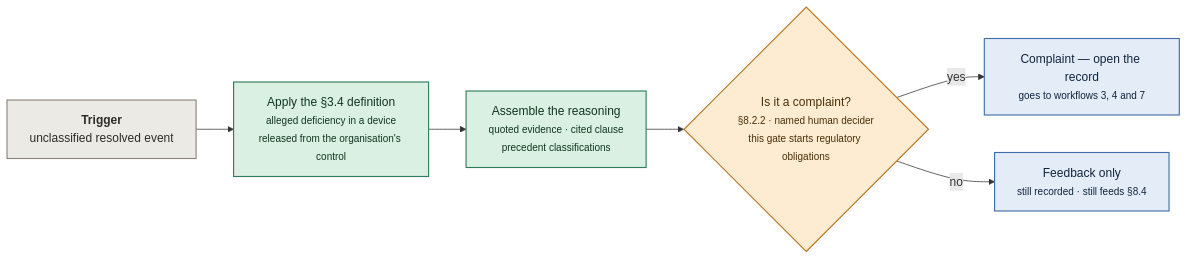
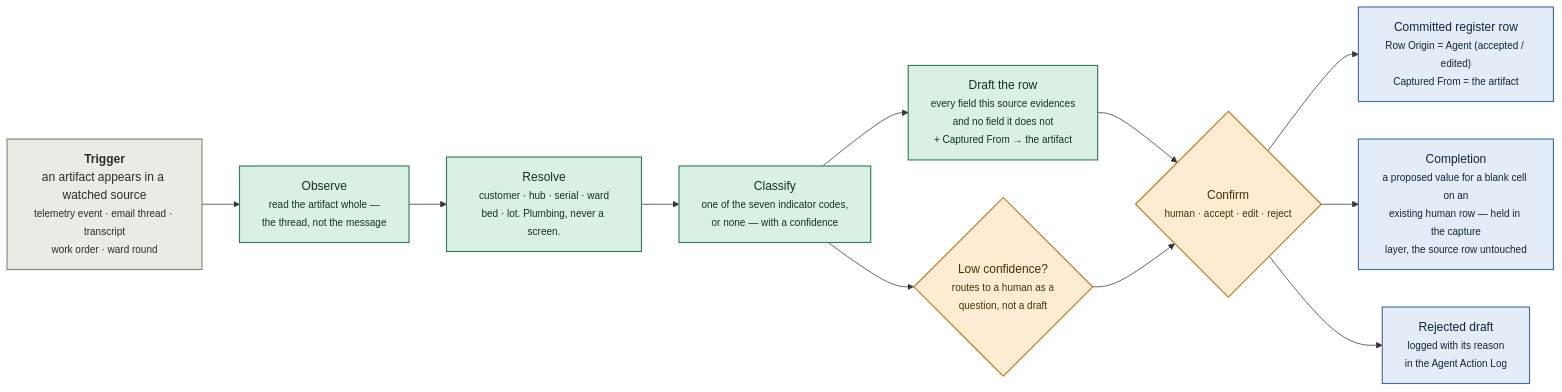
The second of 9 diagrams in plan/DIAGRAMS.md (Tchanwangsa/forward-hack), drawn with Mermaid before and after one commit. The commit also changed other lines of this file and 15 other files, not shown here.

````diff
--- a/plan/DIAGRAMS.md
+++ b/plan/DIAGRAMS.md
@@ -59,20 +55,27 @@
 ```mermaid
 flowchart LR
-  T["<b>Trigger</b><br/>unclassified resolved event"]
-  A1["Apply the §3.4 definition<br/><small>alleged deficiency in a device<br/>released from the organisation's control</small>"]
-  A2["Assemble the reasoning<br/><small>quoted evidence · cited clause<br/>precedent classifications</small>"]
-  G{"Is it a complaint?<br/><small>§8.2.2 · named human decider<br/>this gate starts regulatory obligations</small>"}
-  O1["Complaint — open the record<br/><small>goes to workflows 3, 4 and 7</small>"]
-  O2["Feedback only<br/><small>still recorded · still feeds §8.4</small>"]
-  T --> A1 --> A2 --> G
-  G -->|yes| O1
-  G -->|no| O2
+  T["<b>Trigger</b><br/>an artifact appears in a watched source<br/><small>telemetry event · email thread · transcript<br/>work order · ward round</small>"]
+  A1["Observe<br/><small>read the artifact whole —<br/>the thread, not the message</small>"]
+  A2["Resolve<br/><small>customer · hub · serial · ward<br/>bed · lot. Plumbing, never a screen.</small>"]
+  A3["Classify<br/><small>one of the seven indicator codes,<br/>or none — with a confidence</small>"]
+  A4["Draft the row<br/><small>every field this source evidences<br/>and no field it does not<br/>+ Captured From → the artifact</small>"]
+  Q{"Low confidence?<br/><small>routes to a human as a<br/>question, not a draft</small>"}
+  G{"Confirm<br/><small>human · accept · edit · reject</small>"}
+  O1["Committed register row<br/><small>Row Origin = Agent (accepted / edited)<br/>Captured From = the artifact</small>"]
+  O2["Completion<br/><small>a proposed value for a blank cell on an<br/>existing human row — held in the capture<br/>layer, the source row untouched</small>"]
+  O3["Rejected draft<br/><small>logged with its reason<br/>in the Agent Action Log</small>"]
+  T --> A1 --> A2 --> A3 --> A4 --> G
+  A3 --> Q
+  Q --> G
+  G --> O1
+  G --> O2
+  G --> O3
   classDef trigger fill:#eceae5,stroke:#8a8578,stroke-width:1.5px,color:#2e2c27
   classDef agent fill:#d9f0e3,stroke:#2f7d5d,stroke-width:1.5px,color:#12351f
   classDef gate fill:#fdecd2,stroke:#b8761f,stroke-width:1.5px,color:#4a2f07
   classDef out fill:#e3ecf7,stroke:#3f6ea8,stroke-width:1.5px,color:#12253d
   class T trigger
-  class A1,A2 agent
-  class G gate
-  class O1,O2 out
+  class A1,A2,A3,A4 agent
+  class Q,G gate
+  class O1,O2,O3 out
 ```
````
